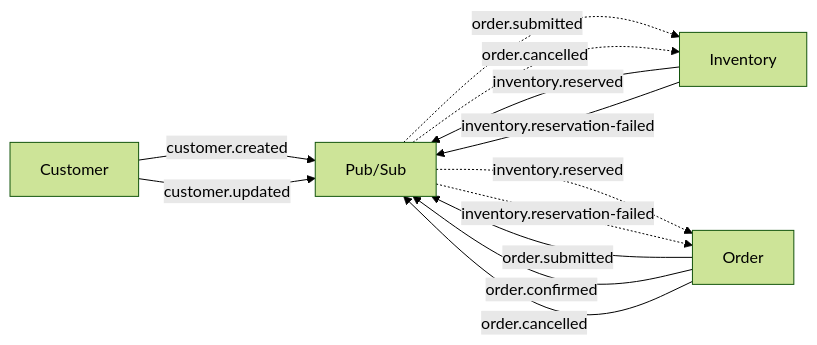
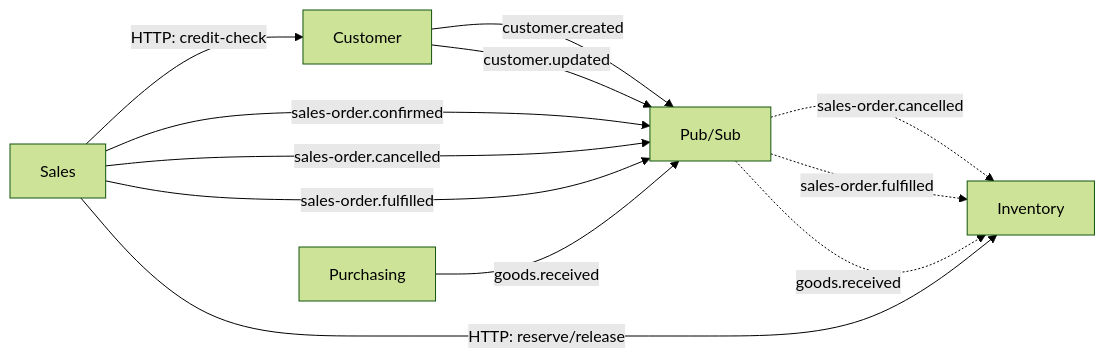
One commit to ndmthuan97/ERP-Prototype-Example changed the third of 3 diagrams in docs/architecture/bounded-contexts.md. Above: the diagram before and after it, drawn with Mermaid (forest theme). The commit also changed other lines of this file and 160 other files, not shown here.

Commit message:
feat: initialize ERP prototype project architecture, backend microservices, and frontend foundations with extensive documentation

````diff
--- a/docs/architecture/bounded-contexts.md
+++ b/docs/architecture/bounded-contexts.md
@@ -278,20 +342,22 @@
 ```mermaid
 flowchart LR
     C["Customer"]
-    O["Order"]
+    S["Sales"]
     I["Inventory"]
+    PUR["Purchasing"]
     PS["Pub/Sub"]
 
     C -- "customer.created" --> PS
     C -- "customer.updated" --> PS
-    O -- "order.submitted" --> PS
-    O -- "order.confirmed" --> PS
-    O -- "order.cancelled" --> PS
-    I -- "inventory.reserved" --> PS
-    I -- "inventory.reservation-failed" --> PS
+    S -- "sales-order.confirmed" --> PS
+    S -- "sales-order.cancelled" --> PS
+    S -- "sales-order.fulfilled" --> PS
+    PUR -- "goods.received" --> PS
 
-    PS -. "order.submitted" .-> I
-    PS -. "order.cancelled" .-> I
-    PS -. "inventory.reserved" .-> O
-    PS -. "inventory.reservation-failed" .-> O
+    PS -. "sales-order.cancelled" .-> I
+    PS -. "sales-order.fulfilled" .-> I
+    PS -. "goods.received" .-> I
+
+    S -- "HTTP: reserve/release" --> I
+    S -- "HTTP: credit-check" --> C
 ```
````
